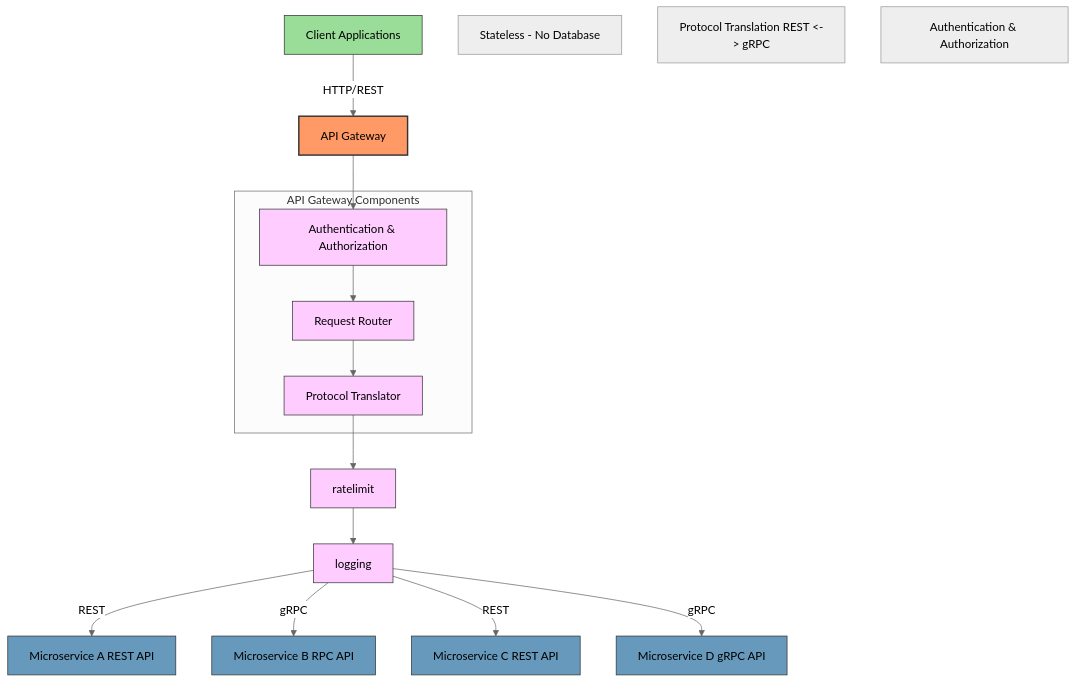
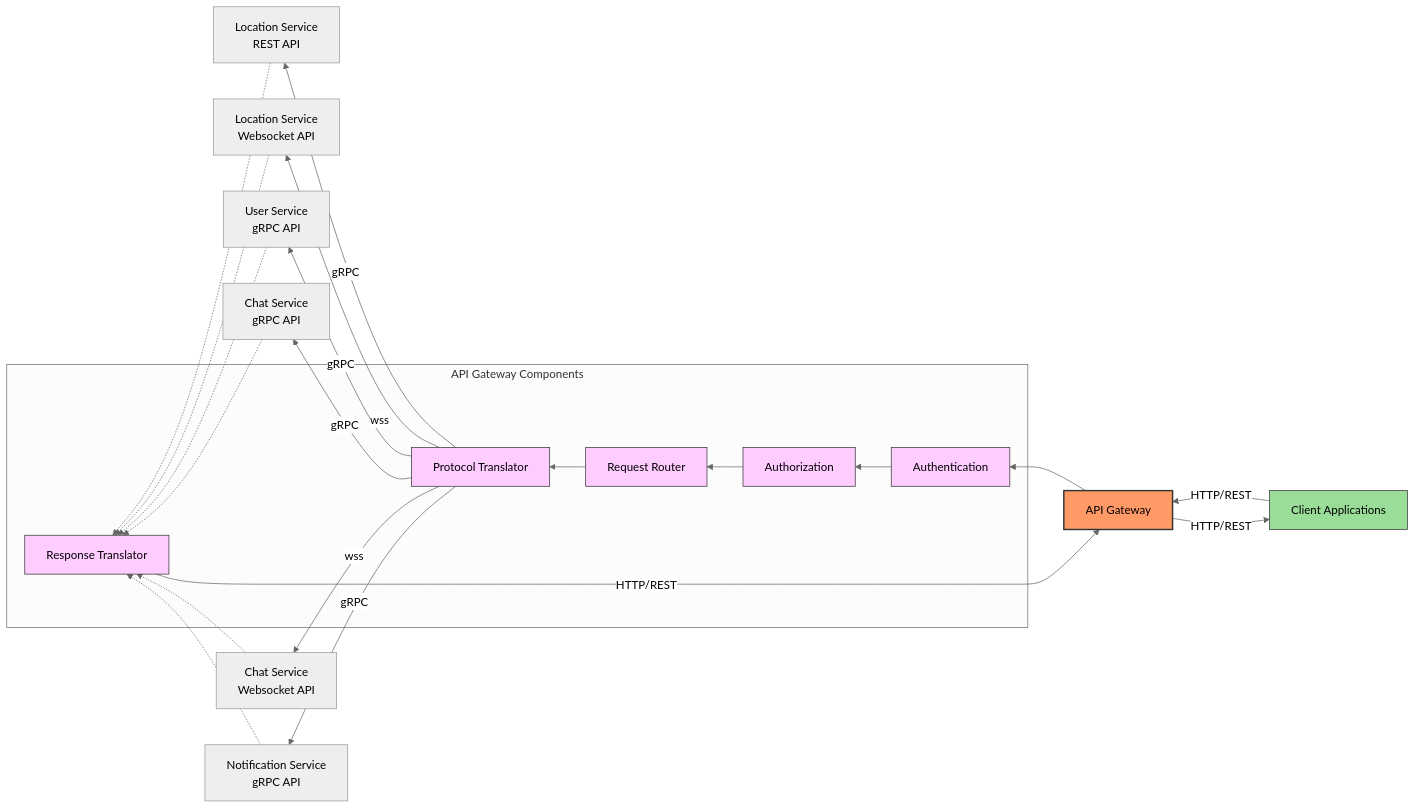
Before and after one commit to position-pal/Documentation: the diagram in content/docs/5-implementation/0-common.md, drawn with Mermaid (neutral theme). The commit also changed other lines of this file and 1 other file, not shown here.

Commit message:
imporve gateway

````diff
--- a/content/docs/5-implementation/0-common.md
+++ b/content/docs/5-implementation/0-common.md
@@ -32,36 +30,43 @@
 ```mermaid
-flowchart TD
+flowchart RL
     client[Client Applications] -->|HTTP/REST| gateway[API Gateway]
     
     subgraph gateway_components[API Gateway Components]
-        auth[Authentication & Authorization]
+        auth[Authentication]
+        authoriz[Authorization]
         router[Request Router]
         translator[Protocol Translator]
+        response_translator[Response Translator]
     end
     
     gateway --> auth
-    auth --> router
+    auth --> authoriz
+    authoriz --> router
     router --> translator
-    translator --> ratelimit
-    ratelimit --> logging
     
-    logging -->|REST| serviceA[Microservice A REST API]
-    logging -->|gRPC| serviceB[Microservice B RPC API]
-    logging -->|REST| serviceC[Microservice C REST API]
-    logging -->|gRPC| serviceD[Microservice D gRPC API]
+    translator -->|gRPC| serviceA[Location Service \n REST API]
+    translator -->|wss| serviceB[Location Service \n Websocket API]
+    translator -->|gRPC| serviceC[User Service \n gRPC API]
+    translator -->|gRPC| serviceD[Chat Service \n gRPC API]
+    translator -->|wss| serviceE[Chat Service \n Websocket API]
+    translator -->|gRPC| serviceF[Notification Service \n gRPC API]
+
+    
+    serviceA .-> response_translator
+    serviceB .-> response_translator
+    serviceC .-> response_translator
+    serviceD .-> response_translator
+    serviceE .-> response_translator
+    serviceF .-> response_translator
+    
+    response_translator -->|HTTP/REST| gateway
+    gateway -->|HTTP/REST| client
     
     classDef gateway fill:#f96,stroke:#333,stroke-width:2px
-    classDef service fill:#69b,stroke:#333,stroke-width:1px
     classDef client fill:#9d9,stroke:#333,stroke-width:1px
     classDef component fill:#fcf,stroke:#333,stroke-width:1px
     
     class gateway gateway
-    class serviceA,serviceB,serviceC,serviceD service
     class client client
-    class auth,router,translator,ratelimit,logging component
-    
-    %% Key characteristics
-    note1[Stateless - No Database]
-    note2[Protocol Translation REST <-> gRPC]
-    note3[Authentication & Authorization]
+    class auth,router,translator,authoriz,response_translator component
 ```
````
